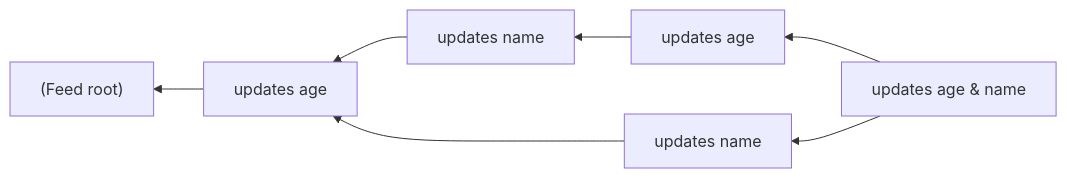
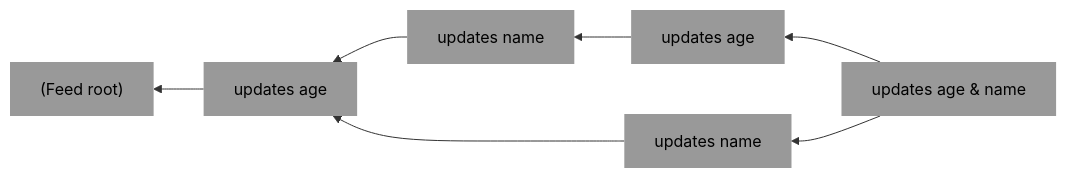
One commit to staltz/ppppp-dict changed the first of 6 diagrams in protospec.md. Above: the diagram before and after it, drawn with Mermaid. The commit also changed other lines of this file, not shown here.

Commit message:
prettier protospec mermaid

````diff
--- a/protospec.md
+++ b/protospec.md
@@ -5,14 +5,15 @@
 ```mermaid
 graph RL
 
 R["(Feed root)"]:::feedroot
 A[updates age]
 B[updates name]
 C[updates age]
 D[updates name]
 E[updates age & name]
 
 C-->B-->A-->R
 D--->A
 E-->D & C
+classDef default fill:#999,stroke:#fff0,color:#000
 ```
````
